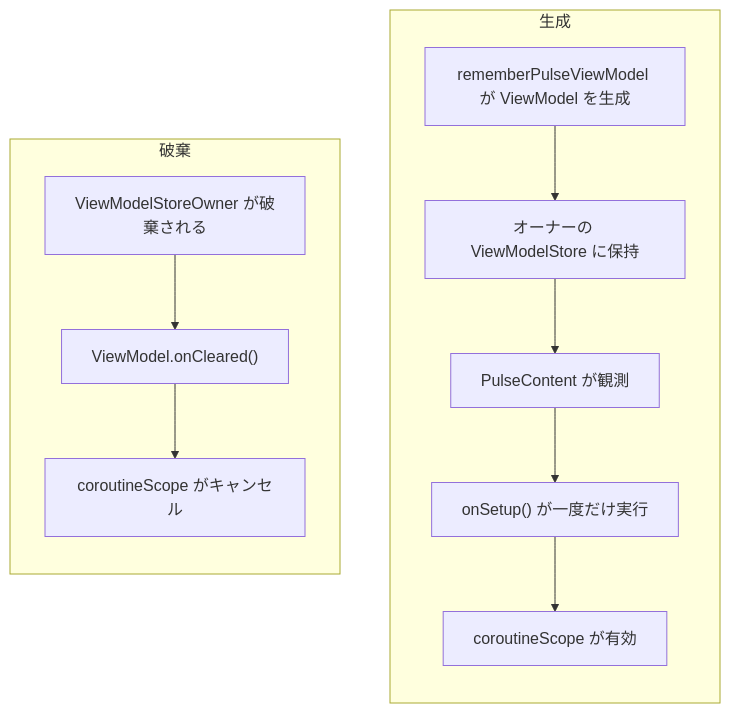
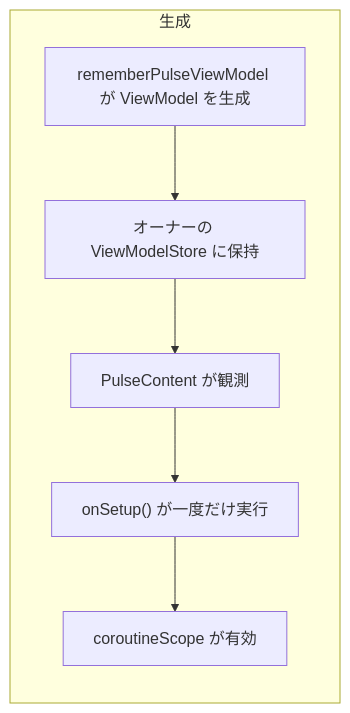
The fifth of 6 diagrams in docs/ja/guide/architecture.md (kaleidot725/PulseMVI), drawn with Mermaid before and after one commit. The commit also changed 2 other files, not shown here.

Commit message:
Stop VitePress's paragraph rules from clipping Mermaid labels
Mermaid measures each html label in a sandbox outside .vp-doc, then
the SVG lands inside it, where `.vp-doc p` adds 28px line-height and
16px margins. Two-line labels grew past the boxes Mermaid had sized for
them and were cut off. Inside .mermaid the paragraph margins are now
zero and the line-height matches what Mermaid measured with, and
foreignObject overflow is visible as a safety net.

The Lifecycle diagram also splits into Creation and Teardown, one under
the other; as two disconnected subgraphs in one chart Mermaid set them
side by side at different heights.

Claude-Session: https://claude.ai/code/session_01NDq1Kws9ev4DmeZqfY8PNw

````diff
--- a/docs/ja/guide/architecture.md
+++ b/docs/ja/guide/architecture.md
@@ -82,17 +82,11 @@
 ```mermaid
 flowchart TB
     subgraph create["生成"]
         direction TB
         A["rememberPulseViewModel が ViewModel を生成"]
         A --> B["オーナーの ViewModelStore に保持"]
         B --> C["PulseContent が観測"]
         C --> D["onSetup() が一度だけ実行"]
         D --> E["coroutineScope が有効"]
     end
-    subgraph clear["破棄"]
-        direction TB
-        F["ViewModelStoreOwner が破棄される"]
-        F --> G["ViewModel.onCleared()"]
-        G --> H["coroutineScope がキャンセル"]
-    end
 ```
````
